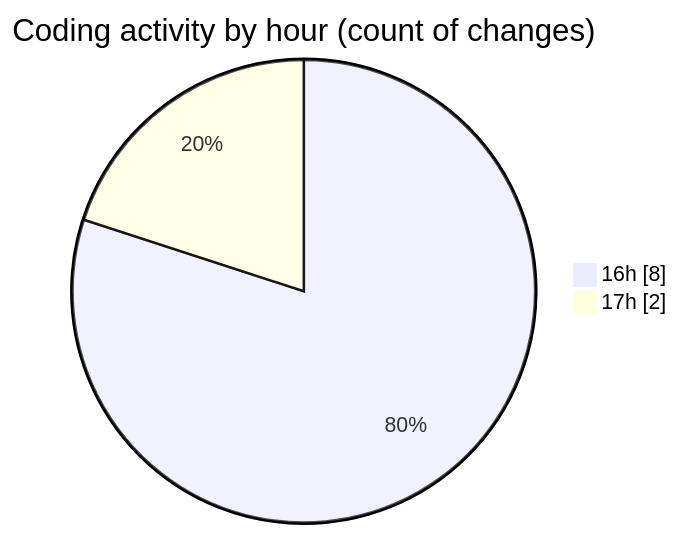
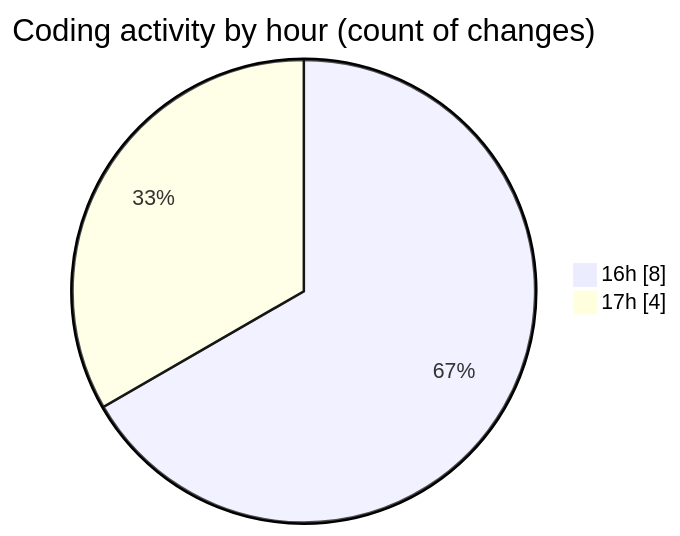
The second of 2 diagrams in 2025-01-08/mbc-web/README.md (robertbonfada/code-tracking), drawn with Mermaid before and after one commit. The commit also changed other lines of this file and 1 other file, not shown here.

````diff
--- a/2025-01-08/mbc-web/README.md
+++ b/2025-01-08/mbc-web/README.md
@@ -32,6 +33,6 @@
 ```mermaid
 pie showData
 title Coding activity by hour (count of changes)
 "16h" : 8
-"17h" : 2
+"17h" : 4
 ```
````
